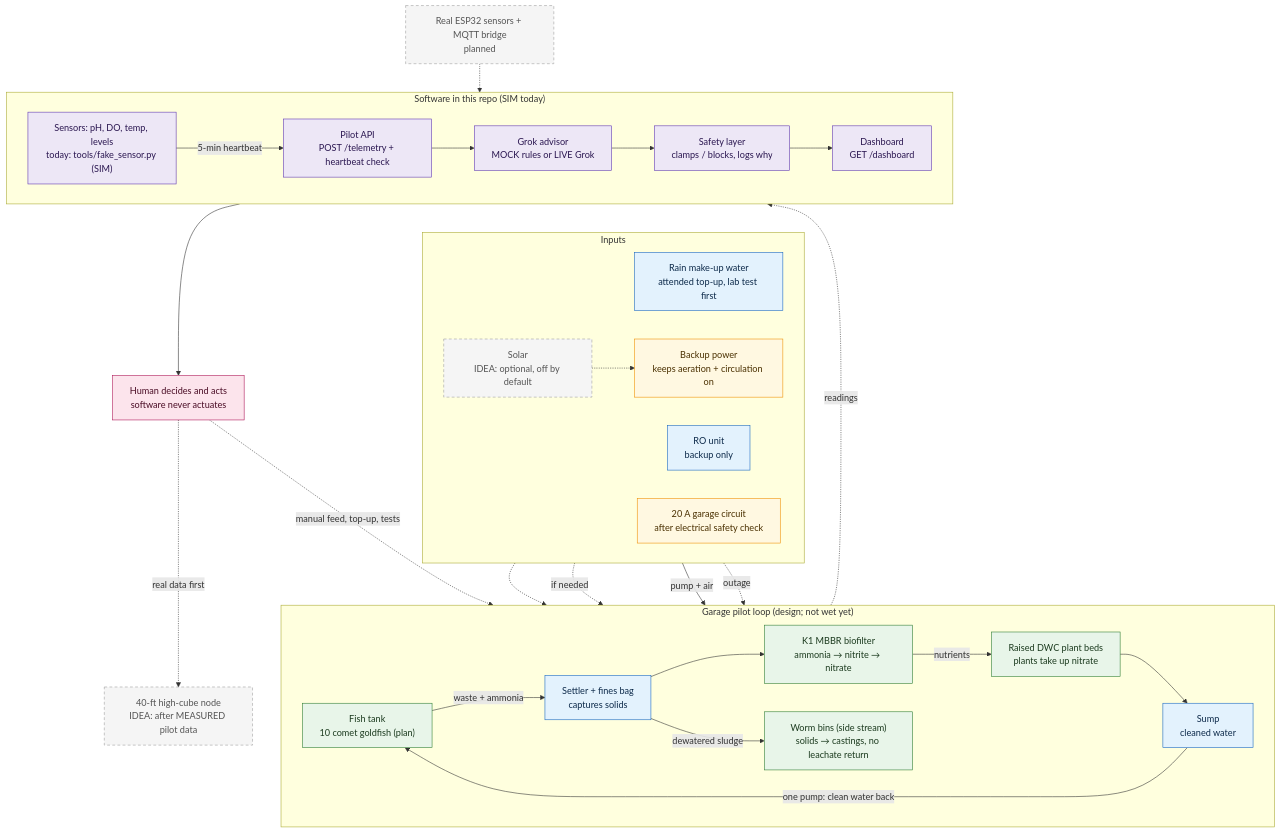
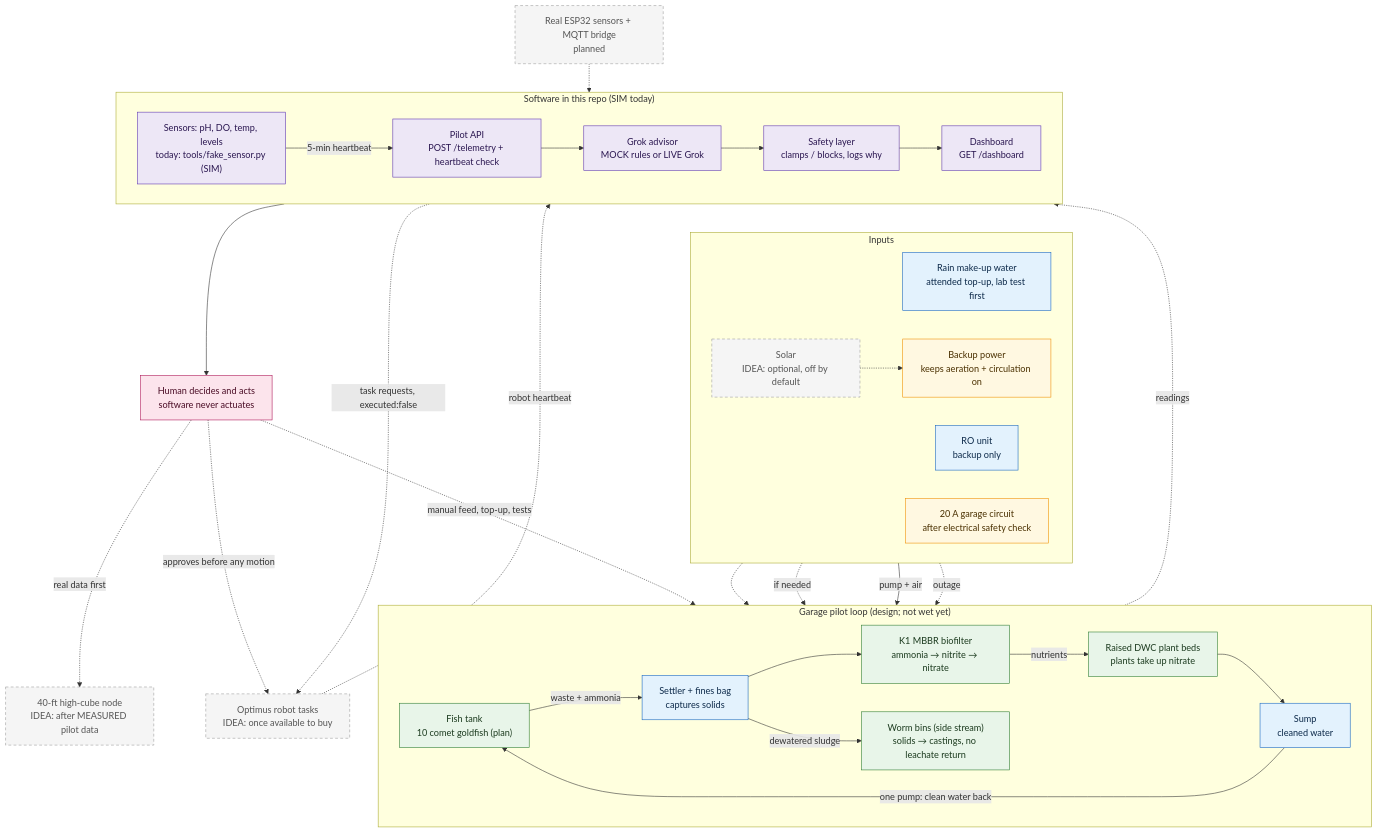
The diagram in README.md (SeanSestinaEcoForge/SeanSestinaEcoForge), drawn with Mermaid before and after one commit. The commit also changed other lines of this file and 3 other files, not shown here.

First line of the commit message:
Restore Optimus as labeled future plan (IDEA)

````diff
--- a/README.md
+++ b/README.md
@@ -181,56 +191,60 @@
 ```mermaid
 flowchart TB
   classDef bio fill:#e8f5e9,stroke:#2e7d32,color:#1b3a1e
   classDef water fill:#e3f2fd,stroke:#1565c0,color:#0d2a4a
   classDef energy fill:#fff8e1,stroke:#ef8f00,color:#4a3000
   classDef digital fill:#ede7f6,stroke:#5e35b1,color:#2a1650
   classDef human fill:#fce4ec,stroke:#ad1457,color:#4a0c25
   classDef idea fill:#f5f5f5,stroke:#9e9e9e,color:#555,stroke-dasharray: 5 4
 
   subgraph INPUTS["Inputs"]
     direction LR
     RAIN["Rain make-up water<br/>attended top-up, lab test first"]:::water
     RO["RO unit<br/>backup only"]:::water
     GRID["20 A garage circuit<br/>after electrical safety check"]:::energy
     BACKUP["Backup power<br/>keeps aeration + circulation on"]:::energy
     SOLAR["Solar<br/>IDEA: optional, off by default"]:::idea
   end
 
   subgraph LOOP["Garage pilot loop (design; not wet yet)"]
     direction LR
     FISH["Fish tank<br/>10 comet goldfish (plan)"]:::bio
     SETTLER["Settler + fines bag<br/>captures solids"]:::water
     MBBR["K1 MBBR biofilter<br/>ammonia → nitrite → nitrate"]:::bio
     DWC["Raised DWC plant beds<br/>plants take up nitrate"]:::bio
     SUMP["Sump<br/>cleaned water"]:::water
     WORMS["Worm bins (side stream)<br/>solids → castings, no leachate return"]:::bio
     FISH -- "waste + ammonia" --> SETTLER --> MBBR -- "nutrients" --> DWC --> SUMP
     SUMP -- "one pump: clean water back" --> FISH
     SETTLER -- "dewatered sludge" --> WORMS
   end
 
   subgraph SOFTWARE["Software in this repo (SIM today)"]
     direction LR
     SENSORS["Sensors: pH, DO, temp, levels<br/>today: tools/fake_sensor.py (SIM)"]:::digital
     API["Pilot API<br/>POST /telemetry + heartbeat check"]:::digital
     ADVISOR["Grok advisor<br/>MOCK rules or LIVE Grok"]:::digital
     SAFETY["Safety layer<br/>clamps / blocks, logs why"]:::digital
     DASH["Dashboard<br/>GET /dashboard"]:::digital
     SENSORS -- "5-min heartbeat" --> API --> ADVISOR --> SAFETY --> DASH
   end
 
   HUMAN["Human decides and acts<br/>software never actuates"]:::human
   MQTT["Real ESP32 sensors + MQTT bridge<br/>planned"]:::idea
   NODE["40-ft high-cube node<br/>IDEA: after MEASURED pilot data"]:::idea
+  OPTIMUS["Optimus robot tasks<br/>IDEA: once available to buy"]:::idea
 
   RAIN -.-> SUMP
   RO -. "if needed" .-> SUMP
   GRID -- "pump + air" --> SUMP
   BACKUP -. "outage" .-> SUMP
   SOLAR -.-> BACKUP
   DWC -. "readings" .-> SENSORS
   MQTT -.-> API
   DASH --> HUMAN
   HUMAN -. "manual feed, top-up, tests" .-> FISH
   HUMAN -. "real data first" .-> NODE
+  SAFETY -. "task requests, executed:false" .-> OPTIMUS
+  HUMAN -. "approves before any motion" .-> OPTIMUS
+  OPTIMUS -. "robot heartbeat" .-> API
 ```
````
